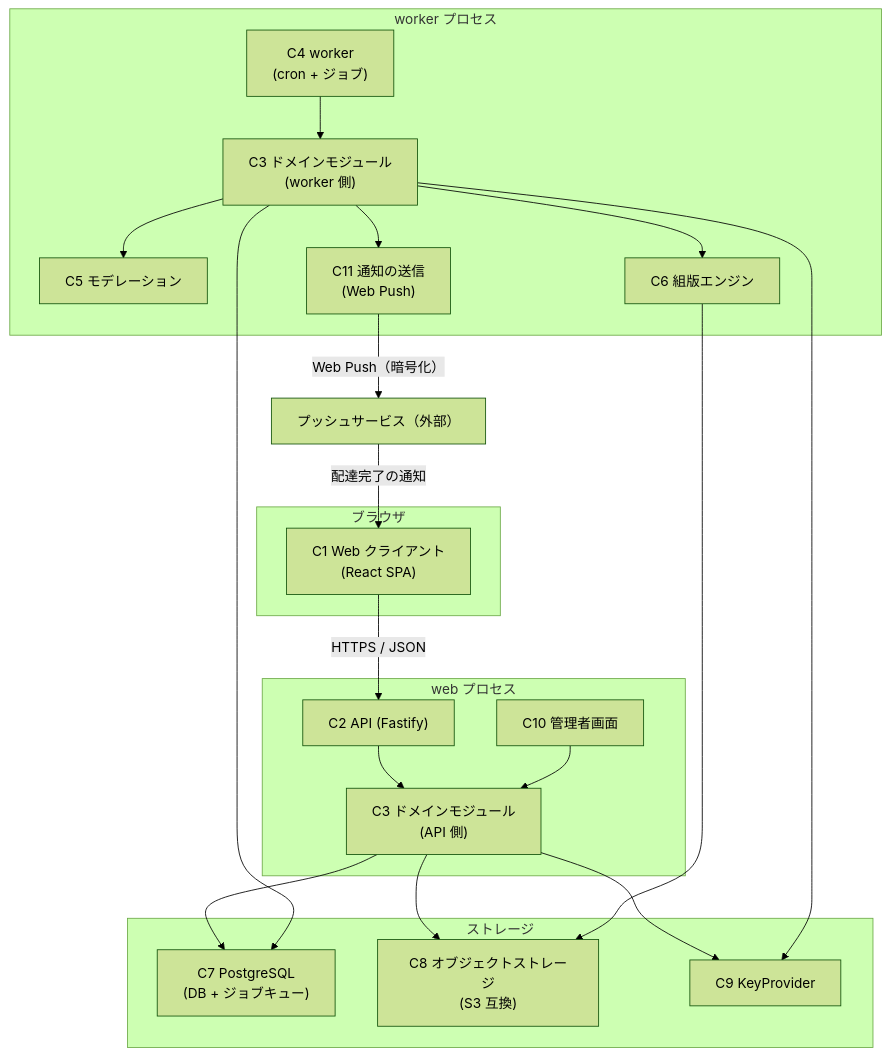
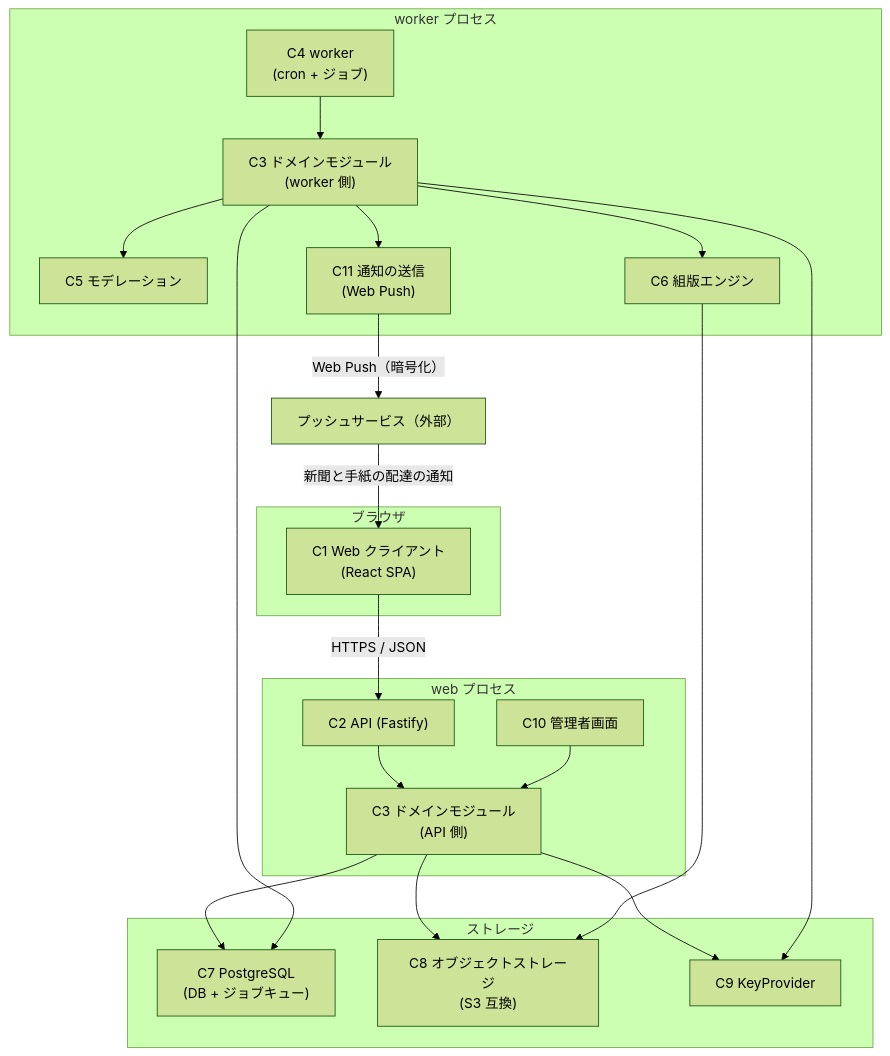
The diagram in .ai/architecture.md (BONUS-git/yuguregaoka-3chome), drawn with Mermaid (forest theme) before and after one commit. The commit also changed other lines of this file and 16 other files, not shown here.

````diff
--- a/.ai/architecture.md
+++ b/.ai/architecture.md
@@ -52,44 +52,44 @@
 ```mermaid
 flowchart TB
     subgraph Browser["ブラウザ"]
         C1["C1 Web クライアント\n(React SPA)"]
     end
 
     subgraph WebProc["web プロセス"]
         C2["C2 API (Fastify)"]
         C3w["C3 ドメインモジュール\n(API 側)"]
         C10["C10 管理者画面"]
     end
 
     subgraph WorkerProc["worker プロセス"]
         C4["C4 worker\n(cron + ジョブ)"]
         C3wk["C3 ドメインモジュール\n(worker 側)"]
         C5["C5 モデレーション"]
         C6["C6 組版エンジン"]
         C11["C11 通知の送信\n(Web Push)"]
     end
 
     Push["プッシュサービス（外部）"]
 
     subgraph StorageLayer["ストレージ"]
         C7["C7 PostgreSQL\n(DB + ジョブキュー)"]
         C8["C8 オブジェクトストレージ\n(S3 互換)"]
         C9["C9 KeyProvider"]
     end
 
     C1 -->|HTTPS / JSON| C2
     C2 --> C3w
     C10 --> C3w
     C3w --> C7
     C3w --> C9
     C3w --> C8
     C4 --> C3wk
     C3wk --> C5
     C3wk --> C6
     C3wk --> C7
     C6 --> C8
     C3wk --> C9
     C3wk --> C11
     C11 -->|Web Push（暗号化）| Push
-    Push -->|配達完了の通知| C1
+    Push -->|新聞と手紙の配達の通知| C1
 ```
````
